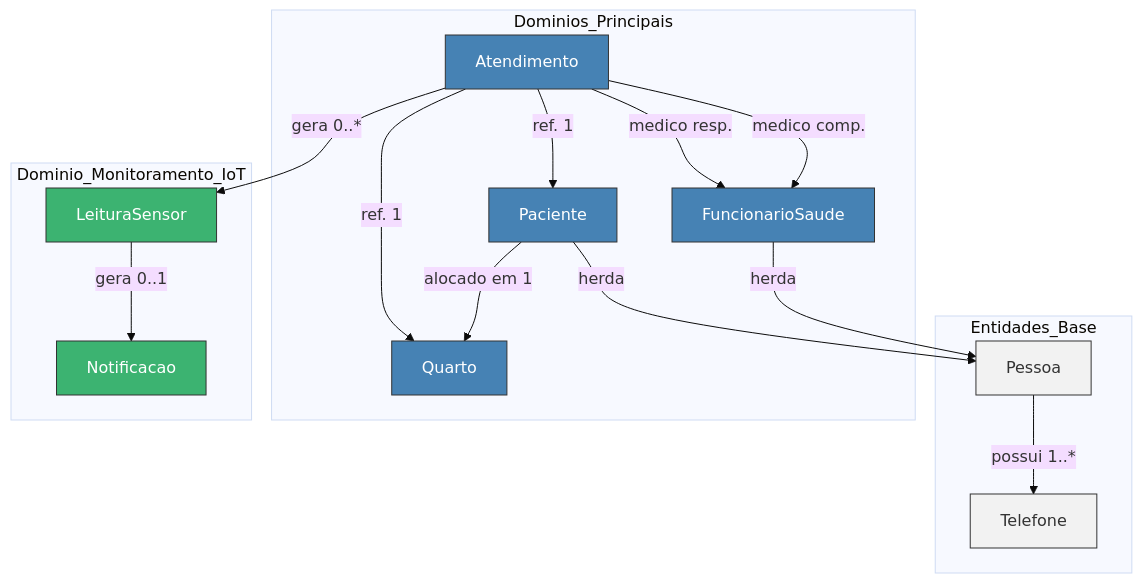
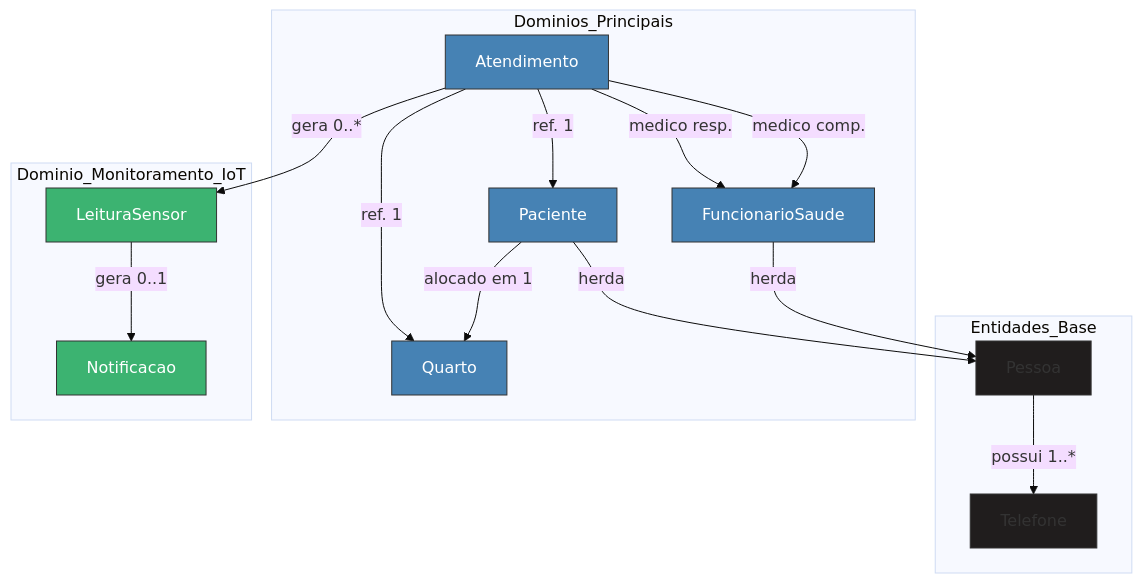
One commit to matheus05dev/BackendMonitoramentoPacientes changed the diagram in README.md. Above: the diagram before and after it, drawn with Mermaid (base theme).

````diff
--- a/README.md
+++ b/README.md
@@ -68,42 +68,42 @@
 ```mermaid
 graph TD
     subgraph Entidades_Base
         Pessoa
         Telefone
     end
 
     subgraph Dominios_Principais
         Paciente
         FuncionarioSaude
         Quarto
         Atendimento
     end
 
     subgraph Dominio_Monitoramento_IoT
         LeituraSensor
         Notificacao
     end
 
     %% Relacionamentos
     Paciente -->|herda| Pessoa
     FuncionarioSaude -->|herda| Pessoa
     Pessoa -->|possui 1..*| Telefone
 
     Atendimento -->|ref. 1| Paciente
     Atendimento -->|medico resp.| FuncionarioSaude
     Atendimento -->|medico comp.| FuncionarioSaude
     Atendimento -->|ref. 1| Quarto
     Paciente -->|alocado em 1| Quarto
 
     Atendimento -->|gera 0..*| LeituraSensor
     LeituraSensor -->|gera 0..1| Notificacao
 
     %% Estilização
-    classDef base fill:#f2f2f2,stroke:#333;
+    classDef base fill:#201d1d,stroke:#333;
     classDef domain fill:#4682B4,stroke:#333,color:white;
     classDef iot fill:#3CB371,stroke:#333,color:white;
 
     class Pessoa,Telefone base;
     class Paciente,FuncionarioSaude,Quarto,Atendimento domain;
     class LeituraSensor,Notificacao iot;
 ```
````
